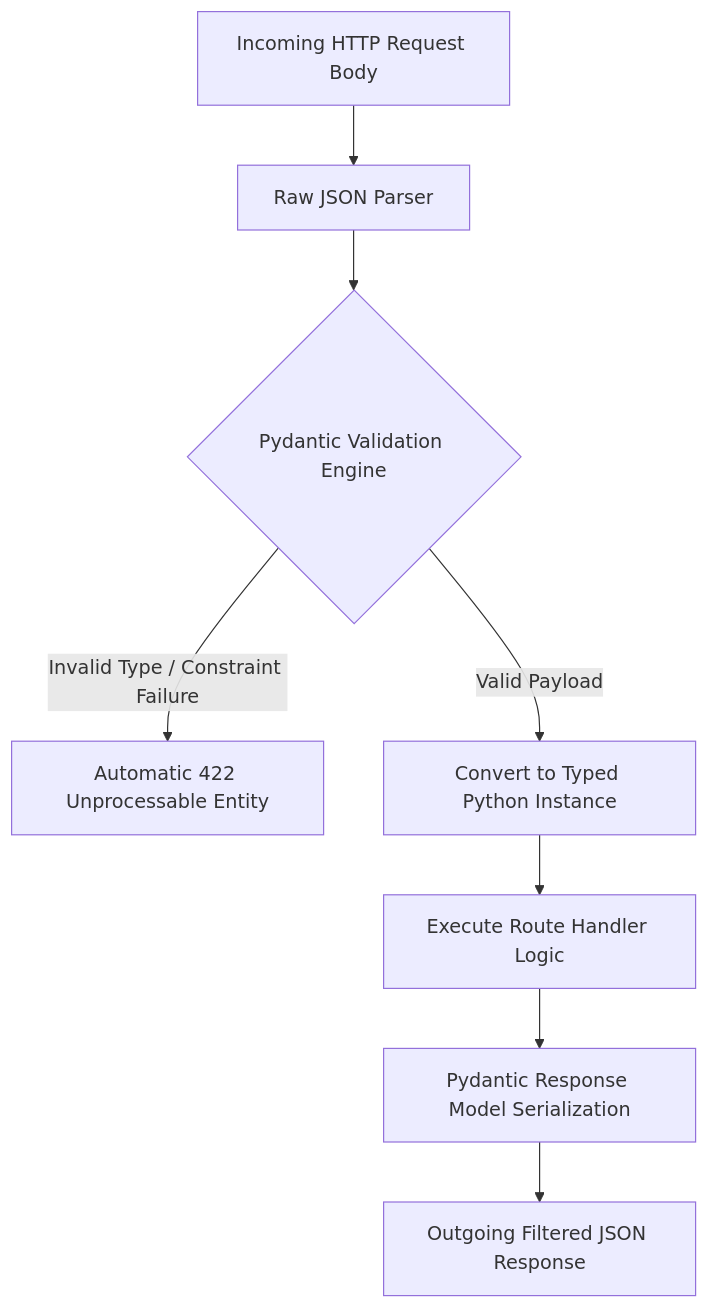
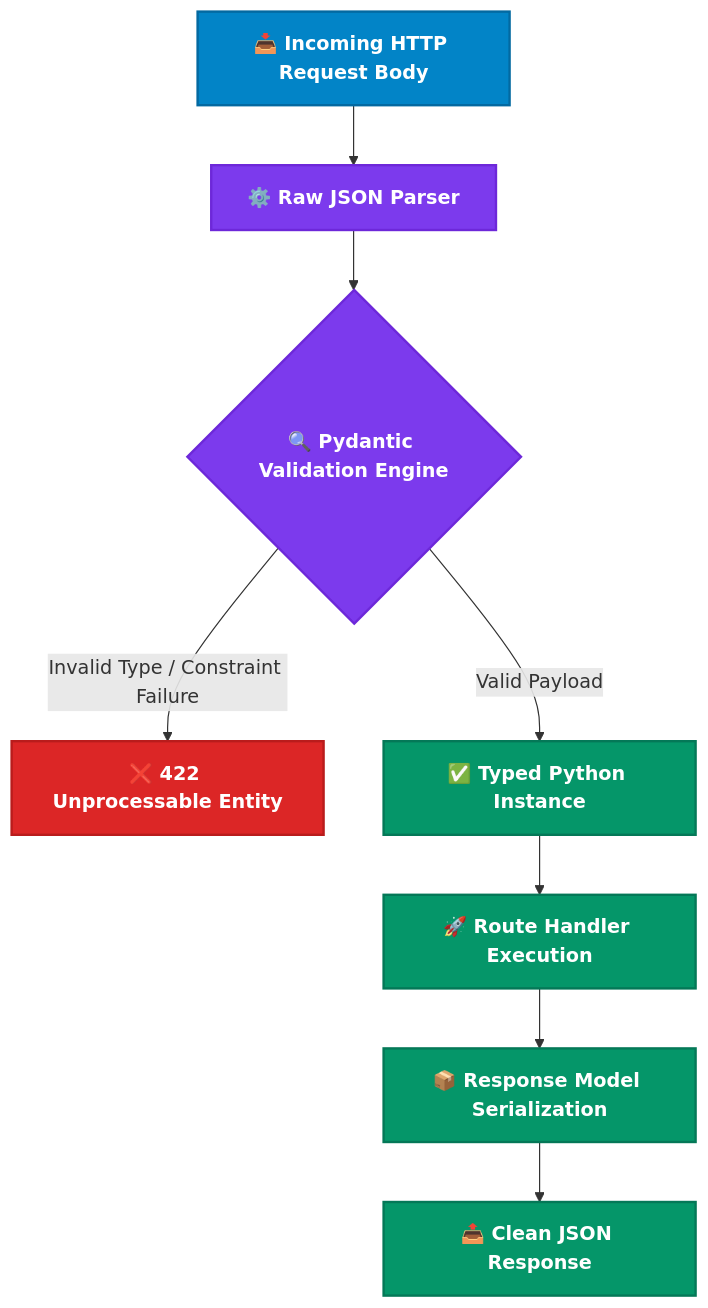
Before and after one commit to himanshu-jadhav108/FastAPI-Mastery: the diagram in 03_pydantic_validation/README.md, drawn with Mermaid. The commit also changed 6 other files, not shown here.

Commit message:
docs: add modern high-contrast color palettes and badges to mermaid architecture diagrams

````diff
--- a/03_pydantic_validation/README.md
+++ b/03_pydantic_validation/README.md
@@ -18,10 +18,15 @@
 ```mermaid
 flowchart TD
-    A[Incoming HTTP Request Body] --> B[Raw JSON Parser]
-    B --> C{Pydantic Validation Engine}
-    C -->|Invalid Type / Constraint Failure| D[Automatic 422 Unprocessable Entity]
-    C -->|Valid Payload| E[Convert to Typed Python Instance]
-    E --> F[Execute Route Handler Logic]
-    F --> G[Pydantic Response Model Serialization]
-    G --> H[Outgoing Filtered JSON Response]
+    classDef reqStyle fill:#0284c7,stroke:#0369a1,stroke-width:2px,color:#ffffff,font-weight:bold;
+    classDef engineStyle fill:#7c3aed,stroke:#6d28d9,stroke-width:2px,color:#ffffff,font-weight:bold;
+    classDef errStyle fill:#dc2626,stroke:#b91c1c,stroke-width:2px,color:#ffffff,font-weight:bold;
+    classDef passStyle fill:#059669,stroke:#047857,stroke-width:2px,color:#ffffff,font-weight:bold;
+
+    A["📥 Incoming HTTP Request Body"]:::reqStyle --> B["⚙️ Raw JSON Parser"]:::engineStyle
+    B --> C{"🔍 Pydantic Validation Engine"}:::engineStyle
+    C -->|Invalid Type / Constraint Failure| D["❌ 422 Unprocessable Entity"]:::errStyle
+    C -->|Valid Payload| E["✅ Typed Python Instance"]:::passStyle
+    E --> F["🚀 Route Handler Execution"]:::passStyle
+    F --> G["📦 Response Model Serialization"]:::passStyle
+    G --> H["📤 Clean JSON Response"]:::passStyle
 ```
````
